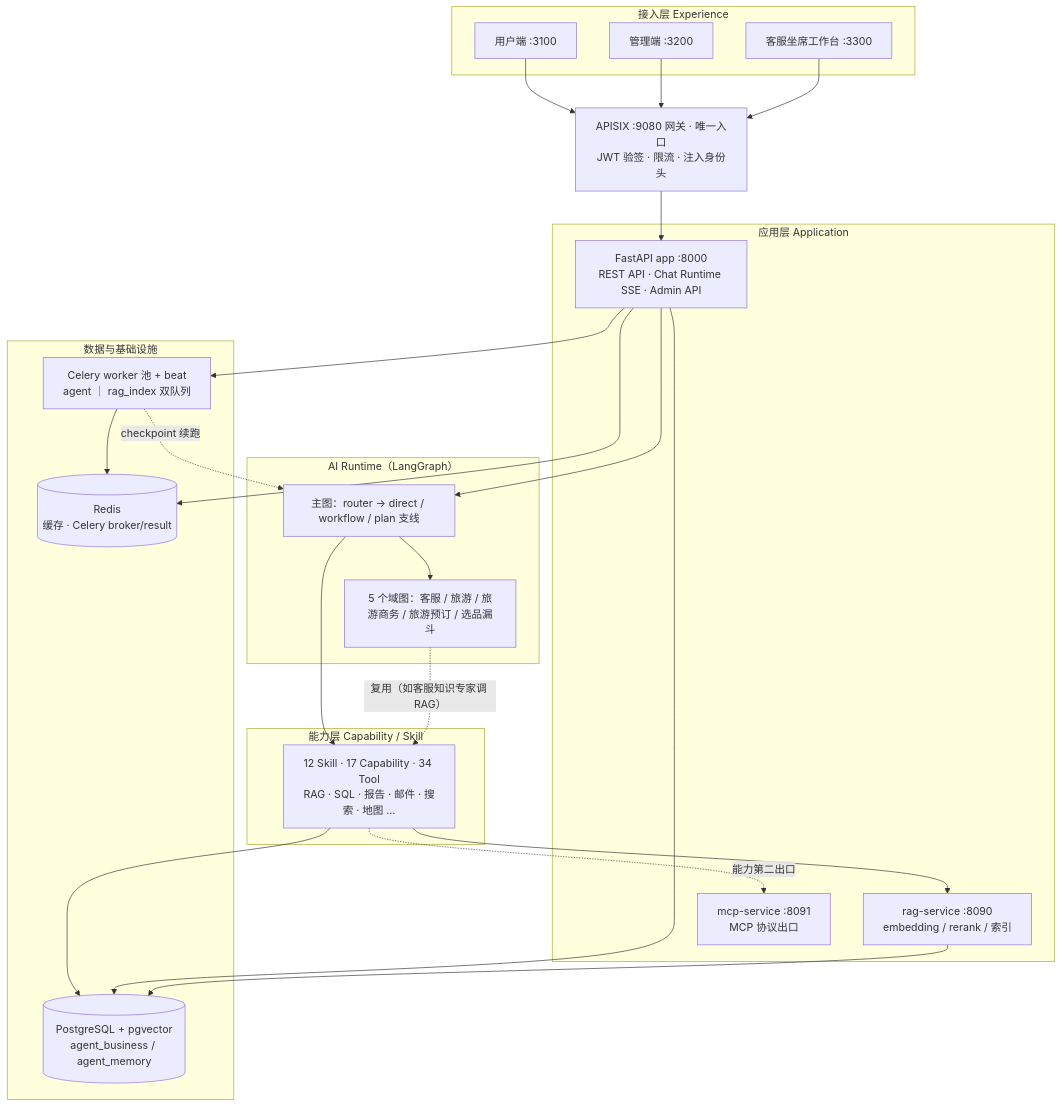
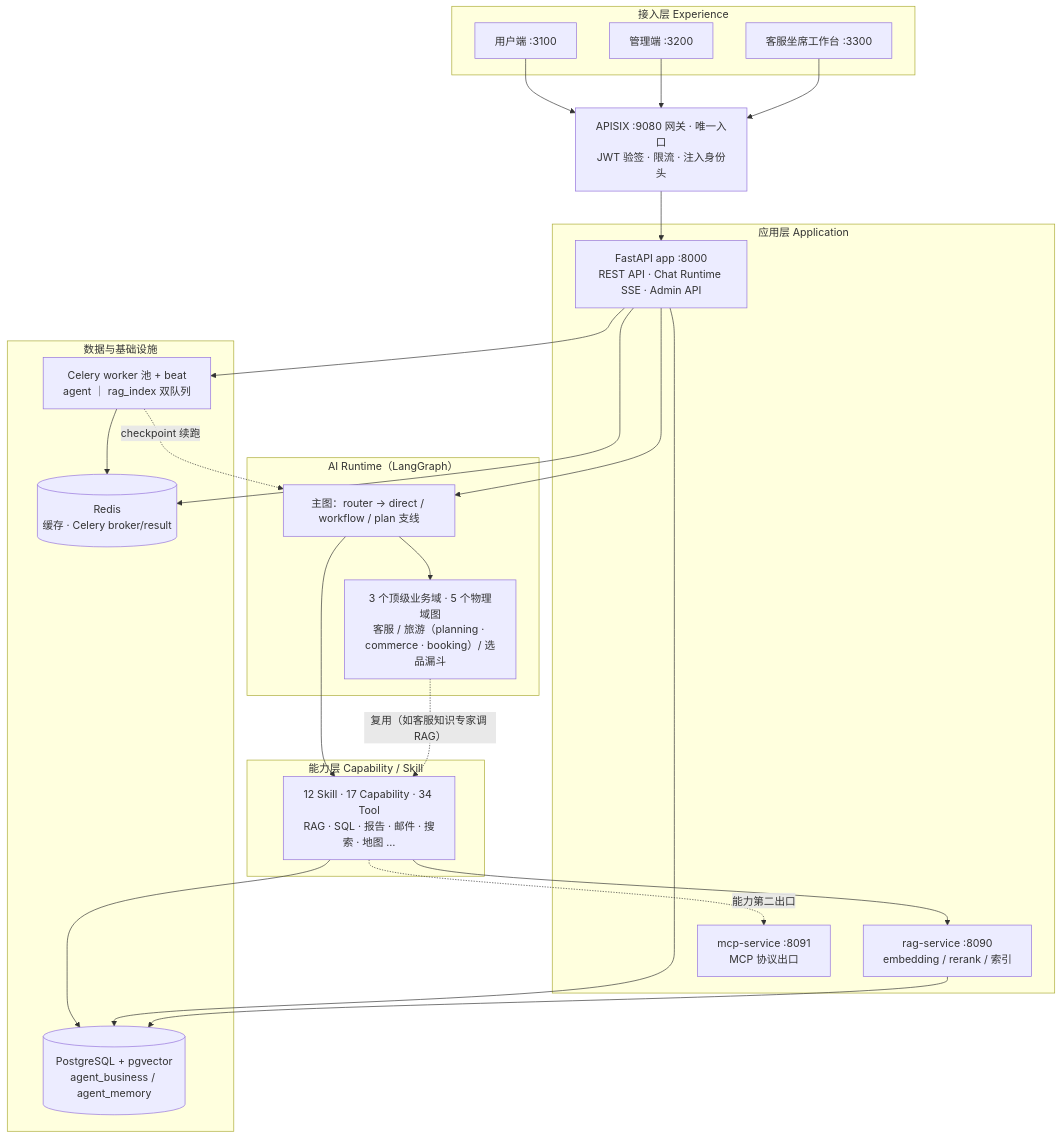
One commit to Jayus-07/agent changed the first of 3 diagrams in README.md. Above: the diagram before and after it, drawn with Mermaid. The commit also changed other lines of this file and 7 other files, not shown here.

First line of the commit message:
feat(architecture): STOP E domain semantic boundary closure

````diff
--- a/README.md
+++ b/README.md
@@ -19,49 +19,49 @@
 ```mermaid
 flowchart TB
     subgraph EXP["接入层 Experience"]
         WEB["用户端 :3100"]
         ADM["管理端 :3200"]
         CSW["客服坐席工作台 :3300"]
     end
 
     GW["APISIX :9080 网关 · 唯一入口<br/>JWT 验签 · 限流 · 注入身份头"]
 
     subgraph APPL["应用层 Application"]
         APP["FastAPI app :8000<br/>REST API · Chat Runtime SSE · Admin API"]
         RAGS["rag-service :8090<br/>embedding / rerank / 索引"]
         MCPS["mcp-service :8091<br/>MCP 协议出口"]
     end
 
     subgraph AIRT["AI Runtime（LangGraph）"]
         MAIN["主图：router → direct / workflow / plan 支线"]
-        DOM["5 个域图：客服 / 旅游 / 旅游商务 / 旅游预订 / 选品漏斗"]
+        DOM["3 个顶级业务域 · 5 个物理域图<br/>客服 / 旅游（planning · commerce · booking）/ 选品漏斗"]
     end
 
     subgraph CAPL["能力层 Capability / Skill"]
         SK["12 Skill · 17 Capability · 34 Tool<br/>RAG · SQL · 报告 · 邮件 · 搜索 · 地图 …"]
     end
 
     subgraph INFRA["数据与基础设施"]
         PG[("PostgreSQL + pgvector<br/>agent_business / agent_memory")]
         RD[("Redis<br/>缓存 · Celery broker/result")]
         CEL["Celery worker 池 + beat<br/>agent ｜ rag_index 双队列"]
     end
 
     WEB --> GW
     ADM --> GW
     CSW --> GW
     GW --> APP
     APP --> MAIN
     MAIN --> DOM
     MAIN --> SK
     DOM -.->|"复用（如客服知识专家调 RAG）"| SK
     SK --> RAGS
     SK --> PG
     APP --> CEL
     APP --> PG
     APP --> RD
     CEL --> RD
     RAGS --> PG
     SK -.->|"能力第二出口"| MCPS
     CEL -.->|"checkpoint 续跑"| MAIN
 ```
````
